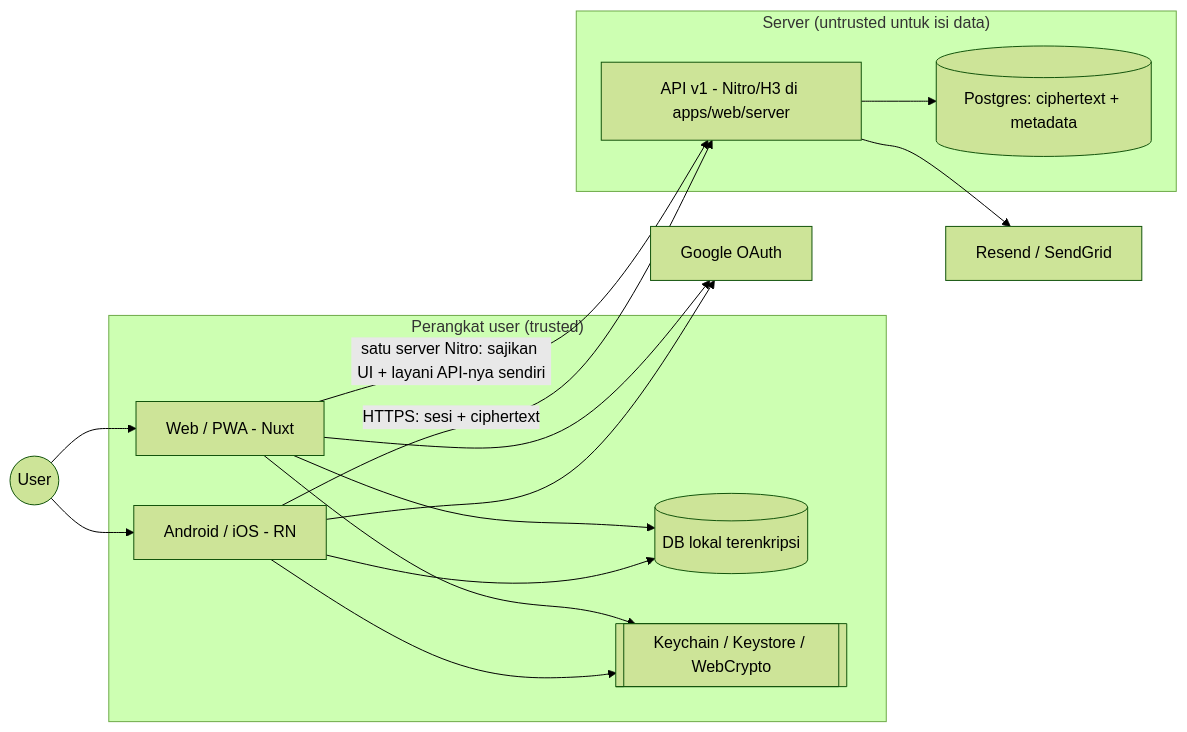
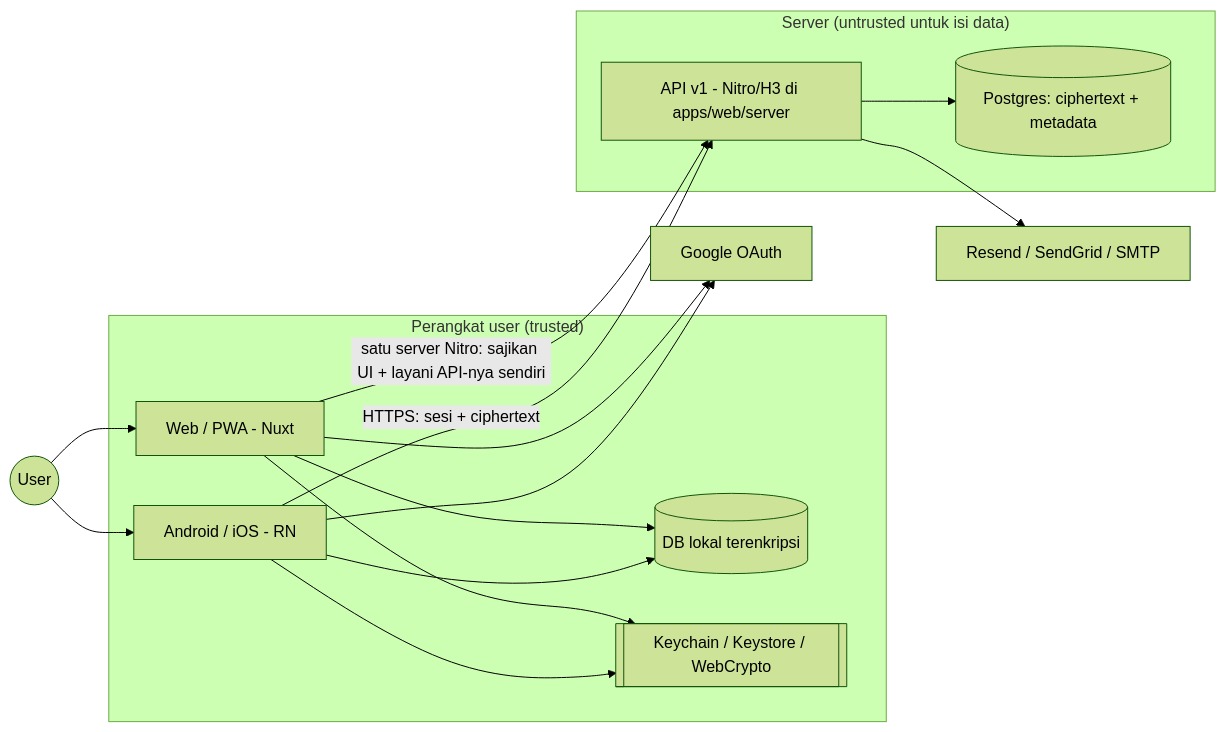
The first of 4 diagrams in ARCHITECTURE.md (rijalsolahudin/improve-personal-web), drawn with Mermaid (forest theme) before and after one commit. The commit also changed other lines of this file and 40 other files, not shown here.

````diff
--- a/ARCHITECTURE.md
+++ b/ARCHITECTURE.md
@@ -49,24 +49,24 @@
 ```mermaid
 flowchart LR
   U((User))
   subgraph Device["Perangkat user (trusted)"]
     W[Web / PWA - Nuxt]
     M[Android / iOS - RN]
     LDB[(DB lokal terenkripsi)]
     KS[[Keychain / Keystore / WebCrypto]]
   end
   subgraph Cloud["Server (untrusted untuk isi data)"]
     API[API v1 - Nitro/H3 di apps/web/server]
     PG[(Postgres: ciphertext + metadata)]
   end
-  MAIL[Resend / SendGrid]
+  MAIL[Resend / SendGrid / SMTP]
   G[Google OAuth]
   U --> W & M
   W & M --> LDB
   W & M --> KS
   W -- "satu server Nitro: sajikan UI + layani API-nya sendiri" --> API
   M -- "HTTPS: sesi + ciphertext" --> API
   API --> PG
   API --> MAIL
   W & M --> G
 ```
````
